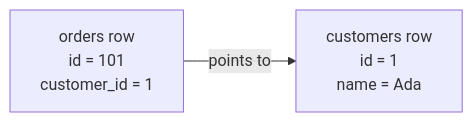
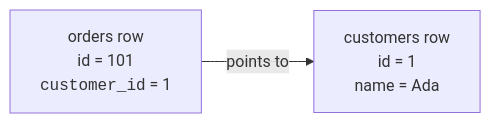
One commit to dataslope/dataslope changed the second of 4 diagrams in content/learn/sqlite-for-beginners/foreign-keys.mdx. Above: the diagram before and after it, drawn with Mermaid. The commit also changed other lines of this file and 153 other files, not shown here.

First line of the commit message:
Render code-only mermaid shapes in monospace; convert step sequences to Steps

````diff
--- a/content/learn/sqlite-for-beginners/foreign-keys.mdx
+++ b/content/learn/sqlite-for-beginners/foreign-keys.mdx
@@ -28,4 +28,4 @@
 ```mermaid
 flowchart LR
-    O["orders row<br/>id = 101<br/>customer_id = 1"] -->|"points to"| C["customers row<br/>id = 1<br/>name = Ada"]
+    O["orders row<br/>id = 101<br/><code>customer_id</code> = 1"] -->|"points to"| C["customers row<br/>id = 1<br/>name = Ada"]
 ```
````
